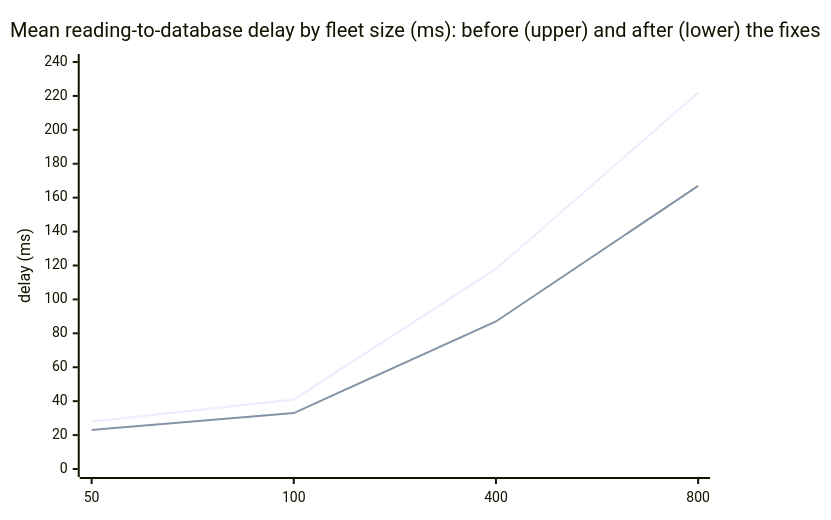
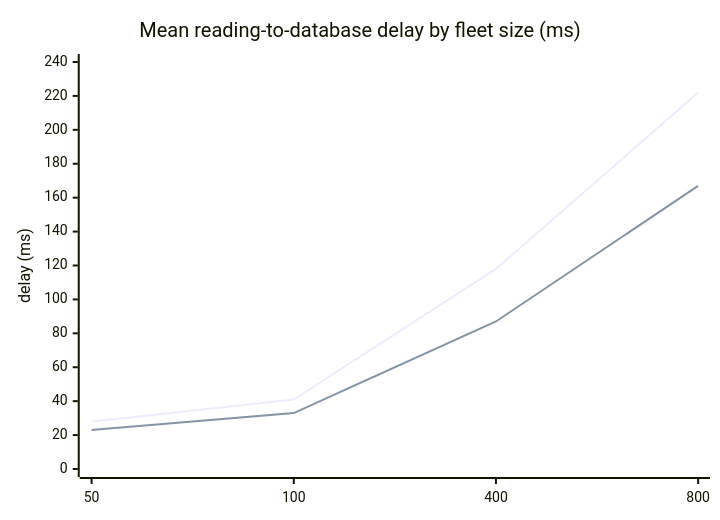
The second of 3 diagrams in docs/performance.md (Kritis11/Digital-Twin-Enabled-Smart-Fleet-Management), drawn with Mermaid before and after one commit. The commit also changed other lines of this file and 20 other files, not shown here.

````diff
--- a/docs/performance.md
+++ b/docs/performance.md
@@ -139,8 +139,8 @@
 ```mermaid
 xychart-beta
-    title "Mean reading-to-database delay by fleet size (ms): before (upper) and after (lower) the fixes"
+    title "Mean reading-to-database delay by fleet size (ms)"
     x-axis [50, 100, 400, 800]
     y-axis "delay (ms)" 0 --> 240
     line [28, 41, 118, 222]
     line [23, 33, 87, 167]
 ```
````
